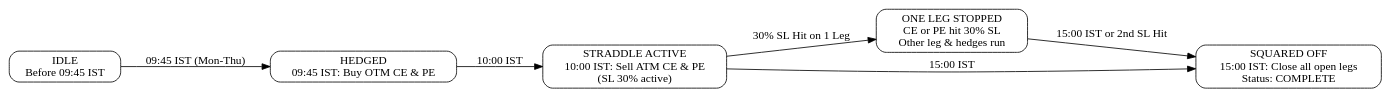
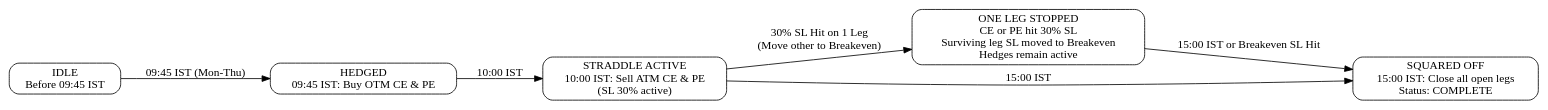
One commit to sharadprsnwithai/tradingco changed the diagram in docs/superpowers/specs/2026-10-23-intraday-option-selling-strategy-design.md. Above: the diagram before and after it, drawn with Graphviz. The commit also changed other lines of this file and 1 other file, not shown here.

Commit message:
docs: update spec and plan with breakeven trailing stop-loss rule

````diff
--- a/docs/superpowers/specs/2026-10-23-intraday-option-selling-strategy-design.md
+++ b/docs/superpowers/specs/2026-10-23-intraday-option-selling-strategy-design.md
@@ -106,18 +107,18 @@
 ```dot
 digraph StrategyLifecycle {
   rankdir=LR;
   node [shape=box, style=rounded];
   
   IDLE [label="IDLE\nBefore 09:45 IST"];
   HEDGED [label="HEDGED\n09:45 IST: Buy OTM CE & PE"];
   STRADDLE_ACTIVE [label="STRADDLE ACTIVE\n10:00 IST: Sell ATM CE & PE\n(SL 30% active)"];
-  ONE_LEG_STOPPED [label="ONE LEG STOPPED\nCE or PE hit 30% SL\nOther leg & hedges run"];
+  ONE_LEG_STOPPED [label="ONE LEG STOPPED\nCE or PE hit 30% SL\nSurviving leg SL moved to Breakeven\nHedges remain active"];
   SQUARED_OFF [label="SQUARED OFF\n15:00 IST: Close all open legs\nStatus: COMPLETE"];
 
   IDLE -> HEDGED [label="09:45 IST (Mon-Thu)"];
   HEDGED -> STRADDLE_ACTIVE [label="10:00 IST"];
-  STRADDLE_ACTIVE -> ONE_LEG_STOPPED [label="30% SL Hit on 1 Leg"];
+  STRADDLE_ACTIVE -> ONE_LEG_STOPPED [label="30% SL Hit on 1 Leg\n(Move other to Breakeven)"];
   STRADDLE_ACTIVE -> SQUARED_OFF [label="15:00 IST"];
-  ONE_LEG_STOPPED -> SQUARED_OFF [label="15:00 IST or 2nd SL Hit"];
+  ONE_LEG_STOPPED -> SQUARED_OFF [label="15:00 IST or Breakeven SL Hit"];
 }
 ```
````
